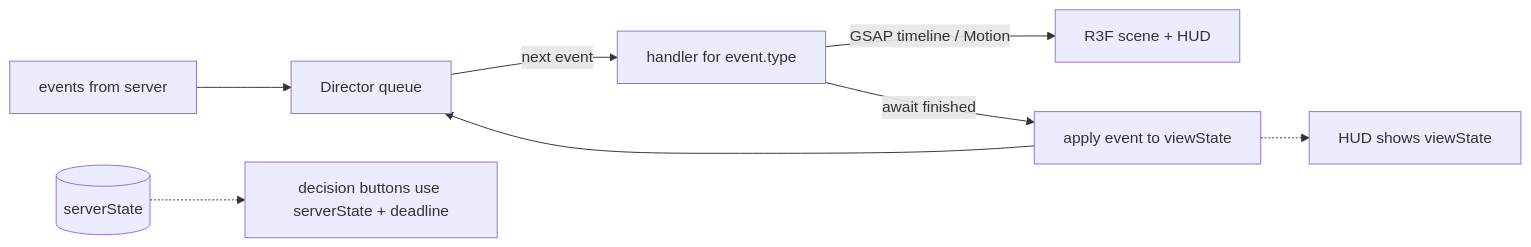
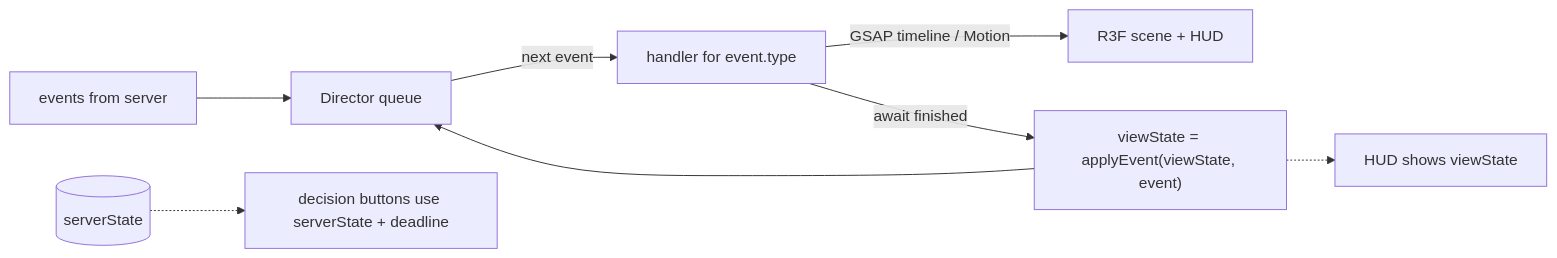
One commit to Rusutsu-Studios/Polytour changed the diagram in docs/ANIMATION.md. Above: the diagram before and after it, drawn with Mermaid. The commit also changed other lines of this file and 6 other files, not shown here.

````diff
--- a/docs/ANIMATION.md
+++ b/docs/ANIMATION.md
@@ -25,10 +25,10 @@
 ```mermaid
 flowchart LR
   WS[events from server] --> Q[Director queue]
   Q -->|next event| H[handler for event.type]
   H -->|GSAP timeline / Motion| SCENE[R3F scene + HUD]
-  H -->|await finished| V[apply event to viewState]
+  H -->|await finished| V["viewState = applyEvent(viewState, event)"]
   V --> Q
   SS[(serverState)] -.-> UI[decision buttons use serverState + deadline]
   V -.-> HUD[HUD shows viewState]
 ```
````
